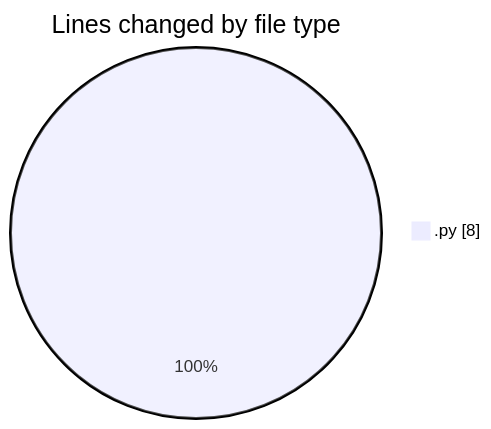
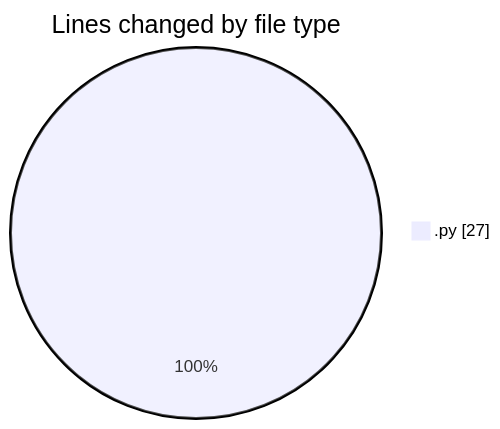
Before and after one commit to MatusMokan/code-tracking: the first of 2 diagrams in 2025-02-27/myws__workspace_/README.md, drawn with Mermaid. The commit also changed other lines of this file and 1 other file, not shown here.

````diff
--- a/2025-02-27/myws__workspace_/README.md
+++ b/2025-02-27/myws__workspace_/README.md
@@ -20,5 +20,5 @@
 ```mermaid
 pie showData
 title Lines changed by file type
-".py" : 8
+".py" : 27
 ```
````
